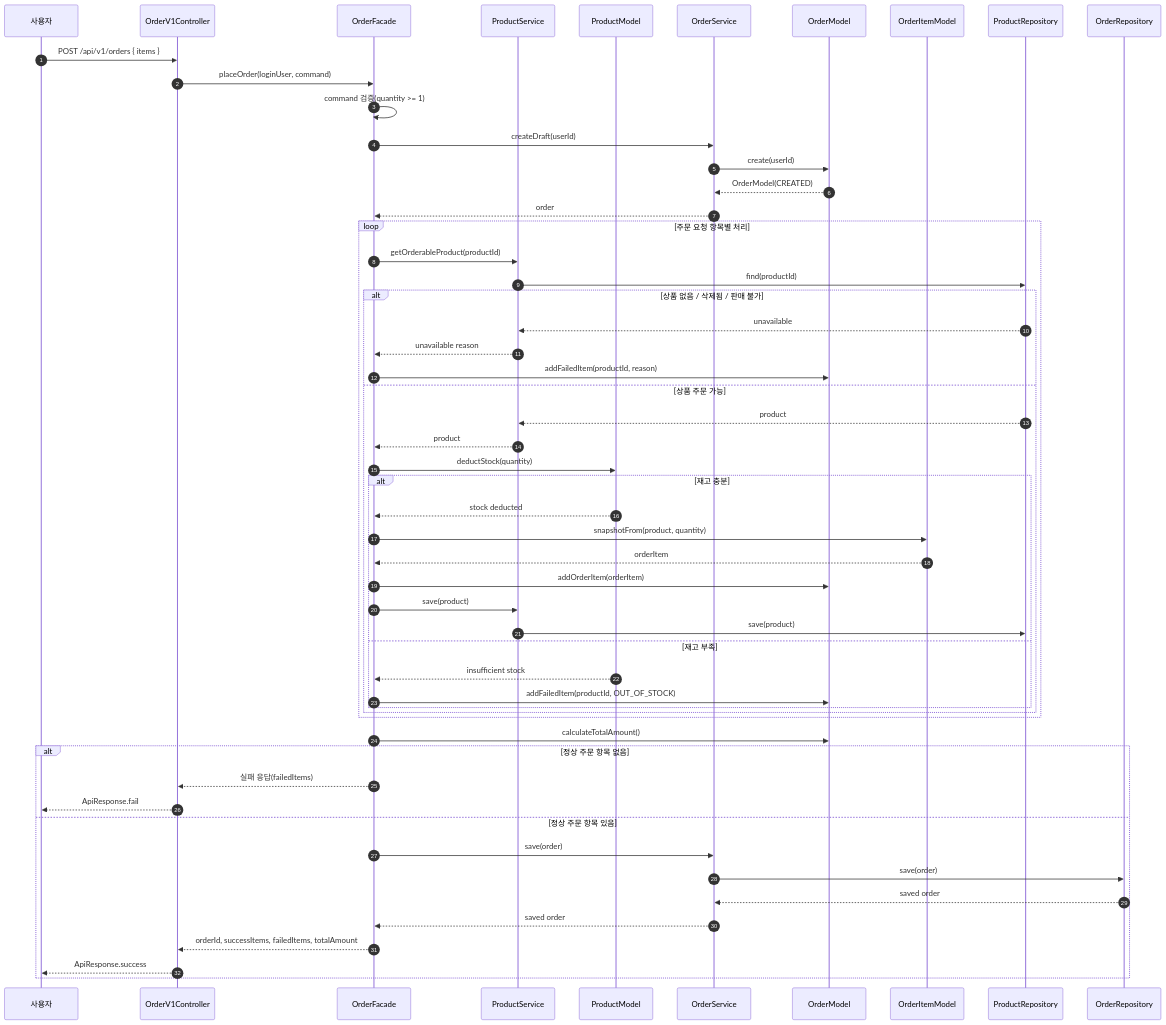
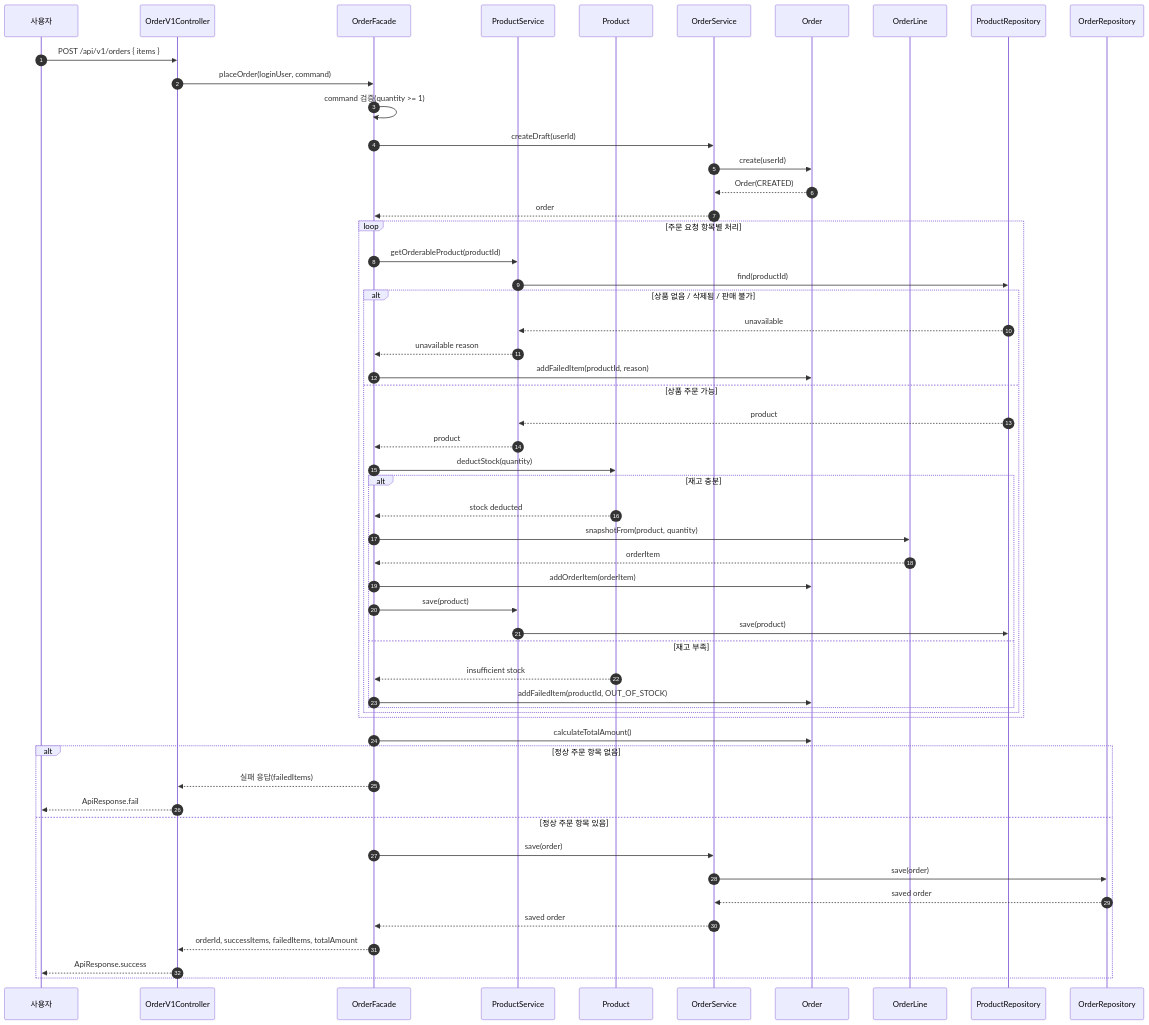
Before and after one commit to loopers-labs/loop-pack-be-l2-vol4-java: the second of 4 diagrams in docs/week2/02-sequence-diagrams.md, drawn with Mermaid. The commit also changed other lines of this file and 6 other files, not shown here.

````diff
--- a/docs/week2/02-sequence-diagrams.md
+++ b/docs/week2/02-sequence-diagrams.md
@@ -104,61 +104,61 @@
 ```mermaid
 sequenceDiagram
     autonumber
     participant Client as 사용자
     participant Controller as OrderV1Controller
     participant Facade as OrderFacade
     participant ProductService as ProductService
-    participant Product as ProductModel
+    participant Product as Product
     participant OrderService as OrderService
-    participant Order as OrderModel
-    participant OrderItem as OrderItemModel
+    participant Order as Order
+    participant OrderItem as OrderLine
     participant ProductRepository as ProductRepository
     participant OrderRepository as OrderRepository
 
     Client->>Controller: POST /api/v1/orders { items }
     Controller->>Facade: placeOrder(loginUser, command)
     Facade->>Facade: command 검증(quantity >= 1)
 
     Facade->>OrderService: createDraft(userId)
     OrderService->>Order: create(userId)
-    Order-->>OrderService: OrderModel(CREATED)
+    Order-->>OrderService: Order(CREATED)
     OrderService-->>Facade: order
 
     loop 주문 요청 항목별 처리
         Facade->>ProductService: getOrderableProduct(productId)
         ProductService->>ProductRepository: find(productId)
         alt 상품 없음 / 삭제됨 / 판매 불가
             ProductRepository-->>ProductService: unavailable
             ProductService-->>Facade: unavailable reason
             Facade->>Order: addFailedItem(productId, reason)
         else 상품 주문 가능
             ProductRepository-->>ProductService: product
             ProductService-->>Facade: product
             Facade->>Product: deductStock(quantity)
             alt 재고 충분
                 Product-->>Facade: stock deducted
                 Facade->>OrderItem: snapshotFrom(product, quantity)
                 OrderItem-->>Facade: orderItem
                 Facade->>Order: addOrderItem(orderItem)
                 Facade->>ProductService: save(product)
                 ProductService->>ProductRepository: save(product)
             else 재고 부족
                 Product-->>Facade: insufficient stock
                 Facade->>Order: addFailedItem(productId, OUT_OF_STOCK)
             end
         end
     end
 
     Facade->>Order: calculateTotalAmount()
     alt 정상 주문 항목 없음
         Facade-->>Controller: 실패 응답(failedItems)
         Controller-->>Client: ApiResponse.fail
     else 정상 주문 항목 있음
         Facade->>OrderService: save(order)
         OrderService->>OrderRepository: save(order)
         OrderRepository-->>OrderService: saved order
         OrderService-->>Facade: saved order
         Facade-->>Controller: orderId, successItems, failedItems, totalAmount
         Controller-->>Client: ApiResponse.success
     end
 ```
````
